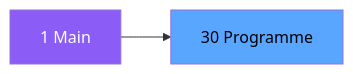
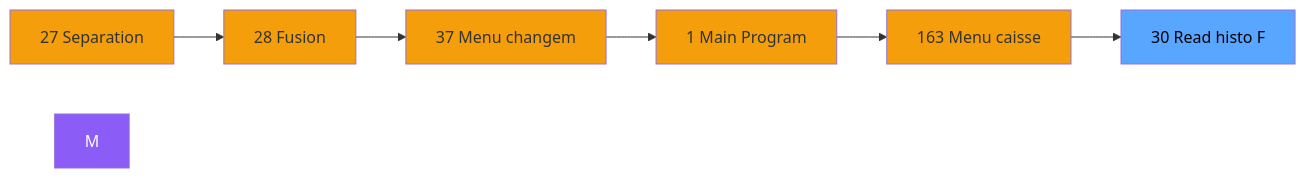
Before and after one commit to thonyAGP/magic-migration: the second of 3 diagrams in .openspec/specs/ADH-IDE-30.md, drawn with Mermaid. The commit also changed other lines of this file and 323 other files, not shown here.

````diff
--- a/.openspec/specs/ADH-IDE-30.md
+++ b/.openspec/specs/ADH-IDE-30.md
@@ -103,8 +123,21 @@
 ```mermaid
 graph LR
-    M[1 Main]
-    T[30 Programme]
-    M --> T
+    N27[27 Separation]
+    N28[28 Fusion]
+    N37[37 Menu changem]
+    N1[1 Main Program]
+    N163[163 Menu caisse ]
+    T[30 Read histo F]
+    N27 --> N28
+    N28 --> N37
+    N37 --> N1
+    N1 --> N163
+    N163 --> T
     style M fill:#8b5cf6,color:#fff
+    style N27 fill:#f59e0b
+    style N28 fill:#f59e0b
+    style N37 fill:#f59e0b
+    style N1 fill:#f59e0b
+    style N163 fill:#f59e0b
     style T fill:#58a6ff,color:#000
 ```
````
